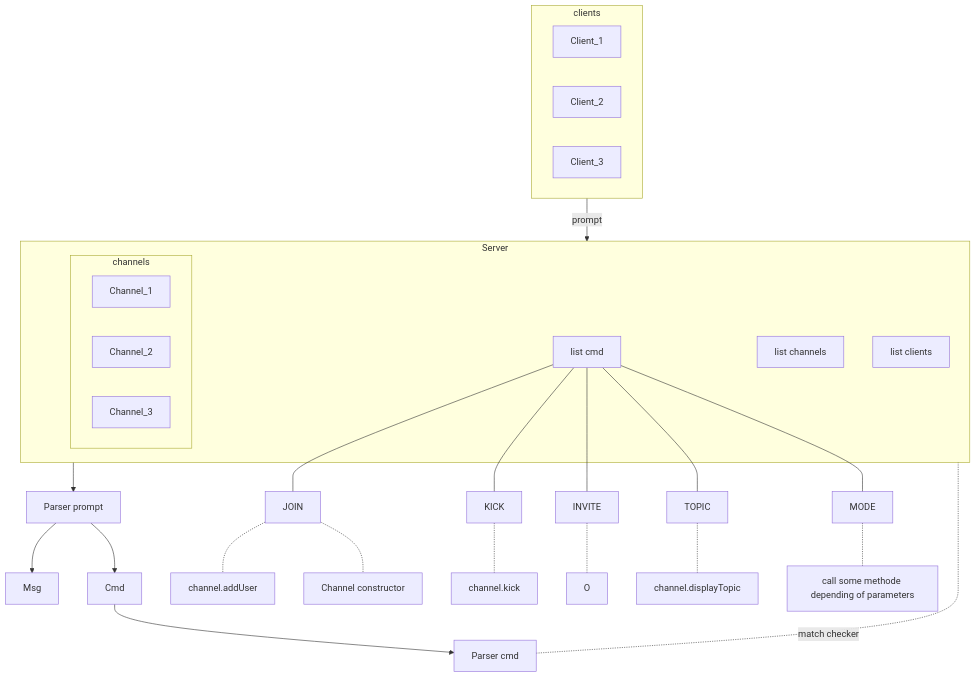
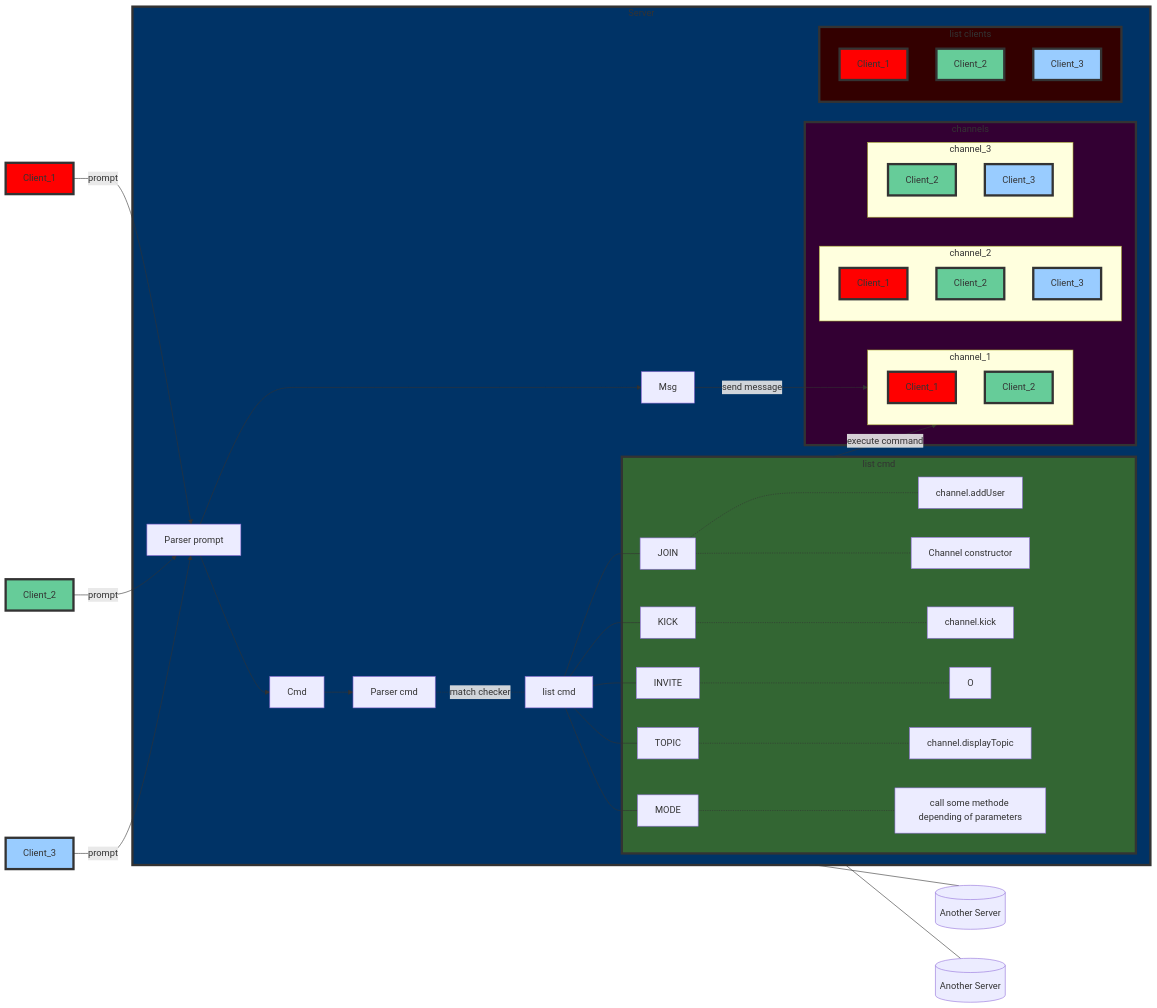
The diagram in README.md (tiegd/ft_irc), drawn with Mermaid before and after one commit. The commit also changed other lines of this file, not shown here.

````diff
--- a/README.md
+++ b/README.md
@@ -48,46 +7,78 @@
 ```mermaid
-flowchart TB
+flowchart LR
     subgraph Server
         S1@{label: list cmd}
-        S2@{label: list channels}
-        S3@{label: list clients}
         subgraph channels
-            C1@{label: Channel_1}
-            C2@{label: Channel_2}
-            C3@{label: Channel_3}
+            subgraph channel_1
+                C01@{label: Client_1}
+                style C01 fill:#ff0000,stroke:#333,stroke-width:4px
+                C02@{label: Client_2}
+                style C02 fill:#66cc99,stroke:#333,stroke-width:4px
+            end
+            subgraph channel_2
+                C11@{label: Client_1}
+                style C11 fill:#ff0000,stroke:#333,stroke-width:4px
+                C12@{label: Client_2}
+                style C12 fill:#66cc99,stroke:#333,stroke-width:4px
+                C13@{label: Client_3}
+                style C13 fill:#99ccff,stroke:#333,stroke-width:4px
+            end
+            subgraph channel_3
+                C22@{label: Client_2}
+                style C22 fill:#66cc99,stroke:#333,stroke-width:4px
+                C23@{label: Client_3}
+                style C23 fill:#99ccff,stroke:#333,stroke-width:4px
+            end
         end
+        subgraph lst[list cmd]
+            H@{label: JOIN}
+            I@{label: KICK}
+            J@{label: INVITE}
+            K@{label: TOPIC}
+            L@{label: MODE}
+            M@{label: channel.addUser}
+            MM@{label: Channel constructor}
+            N@{label: channel.kick}
+            O@{label: }
+            P@{label: channel.displayTopic}
+            Q@{label: call some methode depending of parameters}
+        end
+        C@{label: Parser prompt}
+        D@{label: Parser cmd}
+        E@{label: Msg}
+        F@{label: Cmd}
+        subgraph lstclt[list clients]
+            Cl11@{label: Client_1}
+            style Cl11 fill:#ff0000,stroke:#333,stroke-width:4px
+            Cl12@{label: Client_2}
+            style Cl12 fill:#66cc99,stroke:#333,stroke-width:4px
+            Cl13@{label: Client_3}
+            style Cl13 fill:#99ccff,stroke:#333,stroke-width:4px
+        end
+
     end
-    subgraph clients
-        Cl1@{label: Client_1}
-        Cl2@{label: Client_2}
-        Cl3@{label: Client_3}
-    end
-    %% A@{ shape: stadium, label: Client}
-    C@{label: Parser prompt}
-    D@{label: Parser cmd}
-    E@{label: Msg}
-    F@{label: Cmd}
+    Cl1@{label: Client_1}
+    style Cl1 fill:#ff0000,stroke:#333,stroke-width:4px
+    Cl2@{label: Client_2}
+    style Cl2 fill:#66cc99,stroke:#333,stroke-width:4px
+    Cl3@{label: Client_3}
+    style Cl3 fill:#99ccff,stroke:#333,stroke-width:4px
 
-    H@{label: JOIN}
-    I@{label: KICK}
-    J@{label: INVITE}
-    K@{label: TOPIC}
-    L@{label: MODE}
+    style Server fill:#003366,stroke:#333,stroke-width:4px
+    style lst fill:#336633,stroke:#333,stroke-width:4px
+    style channels fill:#330033,stroke:#333,stroke-width:4px
+    style lstclt fill:#330000,stroke:#333,stroke-width:4px
 
-    M@{label: channel.addUser}
-    MM@{label: Channel constructor}
-    N@{label: channel.kick}
-    O@{label: }
-    P@{label: channel.displayTopic}
-    Q@{label: call some methode depending of parameters}
+    S11[(Another Server)] 
+    S12[(Another Server)] 
 
-
-    clients --> |prompt| Server
-    Server --> C
+    Cl1 --> |prompt| C
+    Cl2 --> |prompt| C
+    Cl3 --> |prompt| C
     C --> E
     C --> F
     F --> D
-    D -.- |match checker| Server
+    D -.- |match checker| S1
 
     S1 --- H
     S1 --- I
@@ -101,4 +92,10 @@
     J -.- O
     K -.- P
     L -.- Q
+
+    E --> |send message| channel_1
+    lst --> |execute command| channel_1
+
+    Server --- S11
+    Server --- S12 
 ```
````
